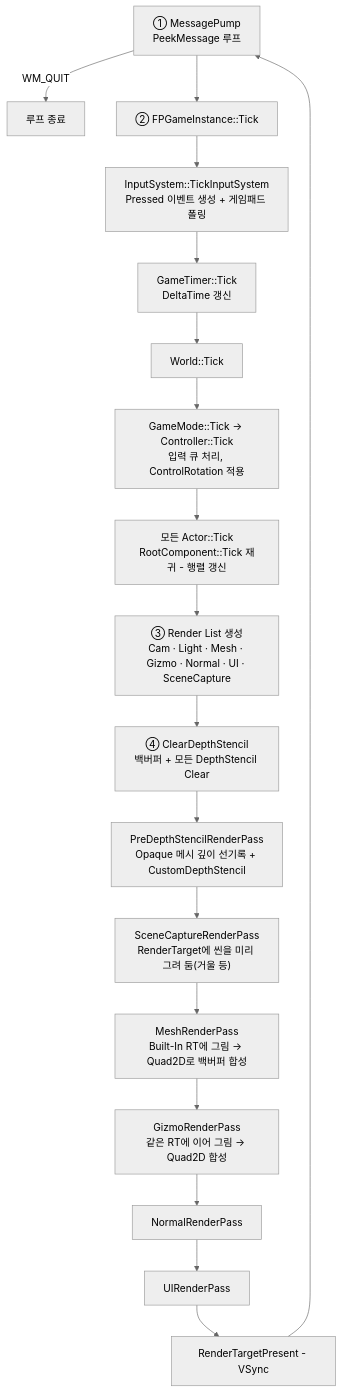
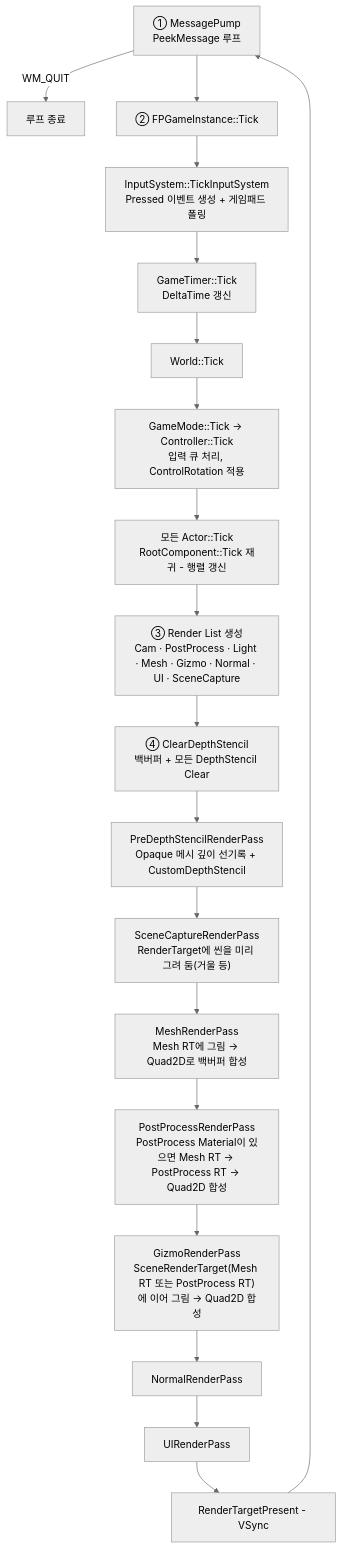
One commit to Gat-Young/ForestPearlEngine changed the fourth of 28 diagrams in README.md. Above: the diagram before and after it, drawn with Mermaid (neutral theme). The commit also changed other lines of this file, not shown here.

````diff
--- a/README.md
+++ b/README.md
@@ -525,20 +529,21 @@
 ```mermaid
 flowchart TD
     A["① MessagePump<br/>PeekMessage 루프"] -->|"WM_QUIT"| Z["루프 종료"]
     A --> B["② FPGameInstance::Tick"]
     B --> B1["InputSystem::TickInputSystem<br/>Pressed 이벤트 생성 + 게임패드 폴링"]
     B1 --> B2["GameTimer::Tick<br/>DeltaTime 갱신"]
     B2 --> B3["World::Tick"]
     B3 --> B4["GameMode::Tick → Controller::Tick<br/>입력 큐 처리, ControlRotation 적용"]
     B4 --> B5["모든 Actor::Tick<br/>RootComponent::Tick 재귀 - 행렬 갱신"]
-    B5 --> R["③ Render List 생성<br/>Cam · Light · Mesh · Gizmo · Normal · UI · SceneCapture"]
+    B5 --> R["③ Render List 생성<br/>Cam · PostProcess · Light · Mesh · Gizmo · Normal · UI · SceneCapture"]
     R --> C["④ ClearDepthStencil<br/>백버퍼 + 모든 DepthStencil Clear"]
     C --> PD["PreDepthStencilRenderPass<br/>Opaque 메시 깊이 선기록 + CustomDepthStencil"]
     PD --> SC["SceneCaptureRenderPass<br/>RenderTarget에 씬을 미리 그려 둠(거울 등)"]
-    SC --> D["MeshRenderPass<br/>Built-In RT에 그림 → Quad2D로 백버퍼 합성"]
-    D --> G["GizmoRenderPass<br/>같은 RT에 이어 그림 → Quad2D 합성"]
+    SC --> D["MeshRenderPass<br/>Mesh RT에 그림 → Quad2D로 백버퍼 합성"]
+    D --> PP["PostProcessRenderPass<br/>PostProcess Material이 있으면 Mesh RT → PostProcess RT → Quad2D 합성"]
+    PP --> G["GizmoRenderPass<br/>SceneRenderTarget(Mesh RT 또는 PostProcess RT)에 이어 그림 → Quad2D 합성"]
     G --> N["NormalRenderPass"]
     N --> E["UIRenderPass"]
     E --> F["RenderTargetPresent - VSync"]
     F --> A
 ```
````
